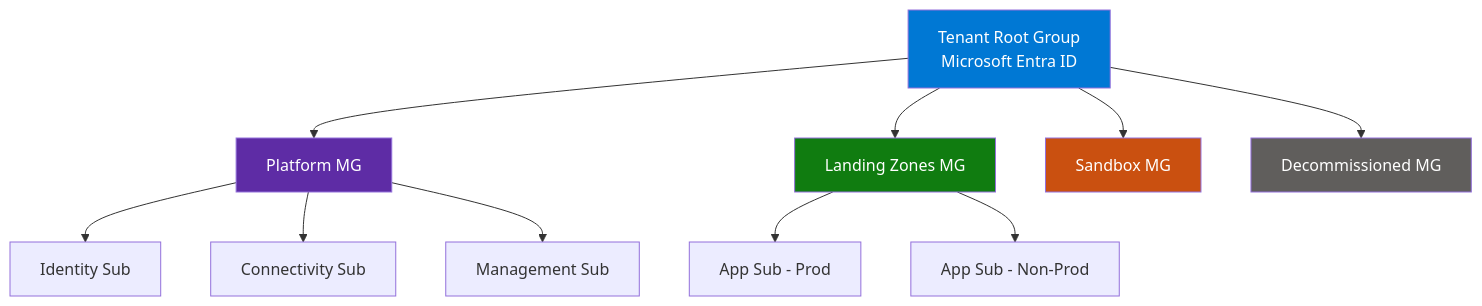
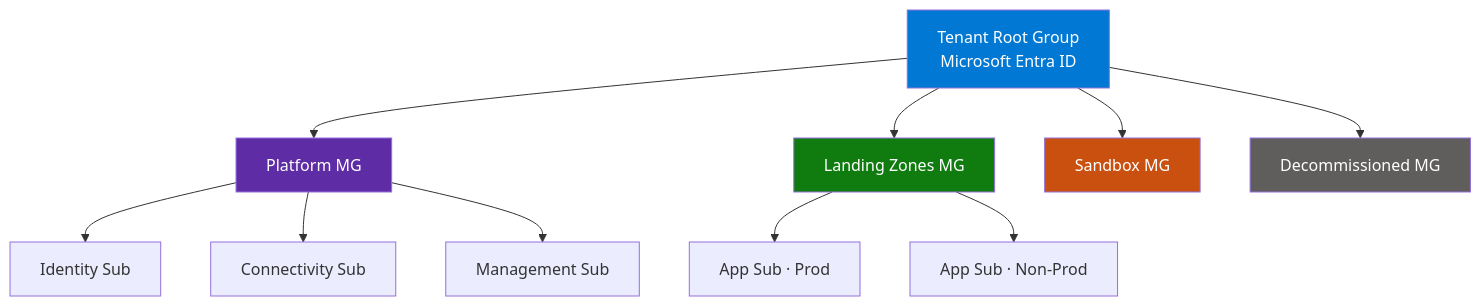
One commit to cloudwithdharm/cloudwithdharm changed the first of 3 diagrams in README.md. Above: the diagram before and after it, drawn with Mermaid. The commit also changed other lines of this file, not shown here.

````diff
--- a/README.md
+++ b/README.md
@@ -98,17 +112,17 @@
 ```mermaid
 graph TD
-    A[Tenant Root Group<br/>Microsoft Entra ID] --> B[Platform MG]
-    A --> C[Landing Zones MG]
-    A --> D[Sandbox MG]
-    A --> E[Decommissioned MG]
-    B --> B1[Identity Sub]
-    B --> B2[Connectivity Sub]
-    B --> B3[Management Sub]
-    C --> C1[App Sub - Prod]
-    C --> C2[App Sub - Non-Prod]
+    A["Tenant Root Group<br/>Microsoft Entra ID"] --> B["Platform MG"]
+    A --> C["Landing Zones MG"]
+    A --> D["Sandbox MG"]
+    A --> E["Decommissioned MG"]
+    B --> B1["Identity Sub"]
+    B --> B2["Connectivity Sub"]
+    B --> B3["Management Sub"]
+    C --> C1["App Sub · Prod"]
+    C --> C2["App Sub · Non-Prod"]
     style A fill:#0078D4,color:#fff
     style B fill:#5E2CA5,color:#fff
     style C fill:#107C10,color:#fff
     style D fill:#CA5010,color:#fff
     style E fill:#605E5C,color:#fff
 ```
````
